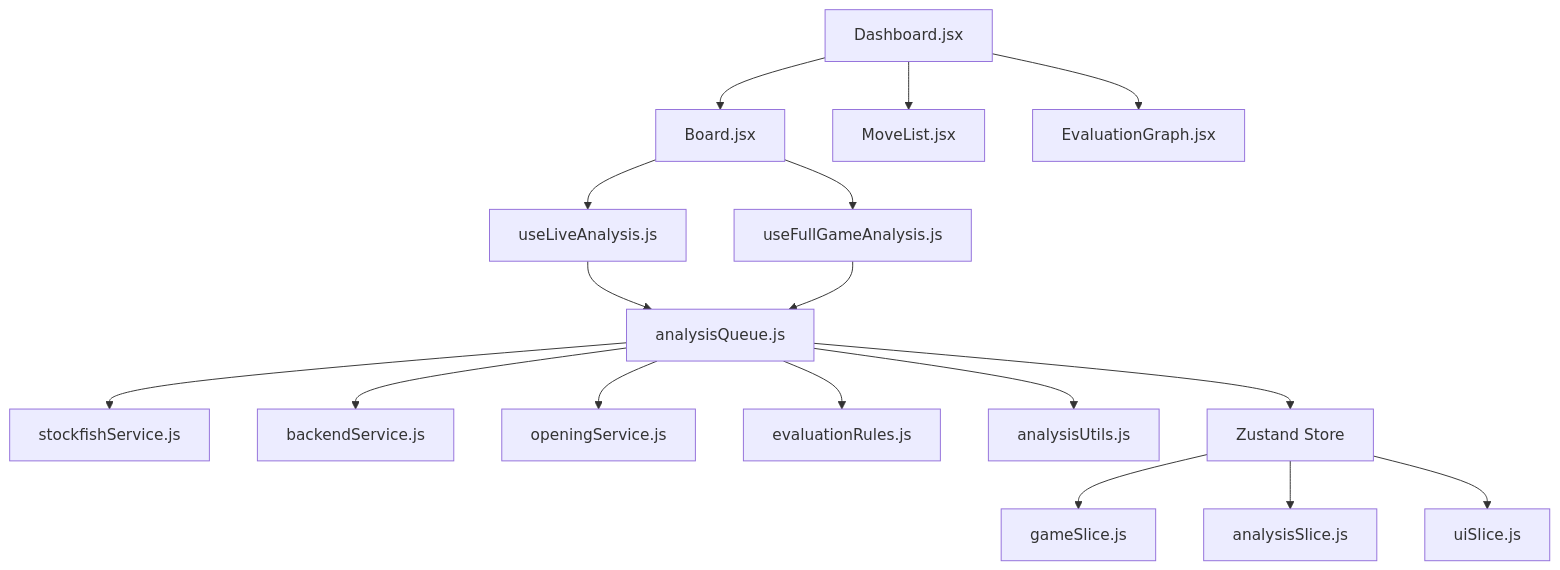
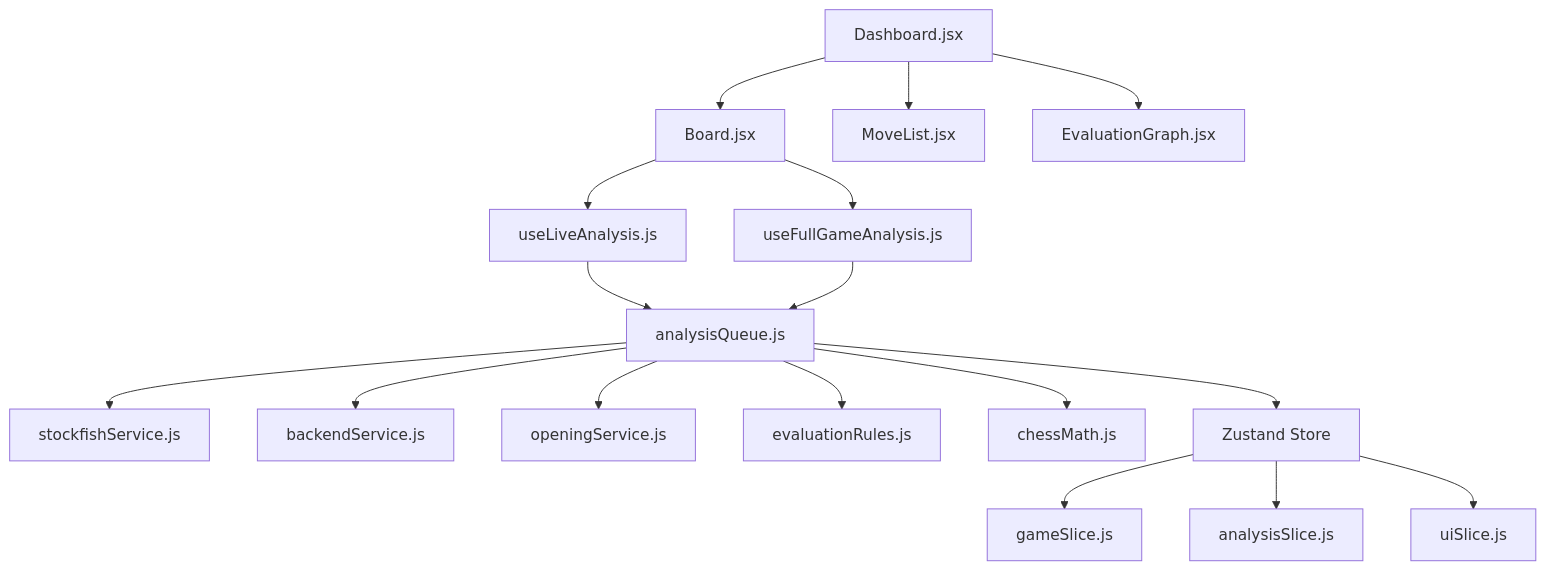
One commit to HugoFucksmann/tableroAnalisis changed the diagram in ARCHITECTURE_frontend.md. Above: the diagram before and after it, drawn with Mermaid. The commit also changed other lines of this file and 6 other files, not shown here.

````diff
--- a/ARCHITECTURE_frontend.md
+++ b/ARCHITECTURE_frontend.md
@@ -19,23 +19,23 @@
 ```mermaid
 graph TD
     Dashboard[Dashboard.jsx] --> Board[Board.jsx]
     Dashboard --> ML[MoveList.jsx]
     Dashboard --> EG[EvaluationGraph.jsx]
 
     Board --> HookLA[useLiveAnalysis.js]
     Board --> HookFA[useFullGameAnalysis.js]
 
     HookLA --> AQ[analysisQueue.js]
     HookFA --> AQ
 
     AQ --> SS[stockfishService.js]
     AQ --> BS[backendService.js]
     AQ --> OS[openingService.js]
     AQ --> ER[evaluationRules.js]
-    AQ --> AU[analysisUtils.js]
+    AQ --> CM[chessMath.js]
 
     AQ --> Store[Zustand Store]
     Store --> GS[gameSlice.js]
     Store --> AS[analysisSlice.js]
     Store --> US[uiSlice.js]
 ```
````
